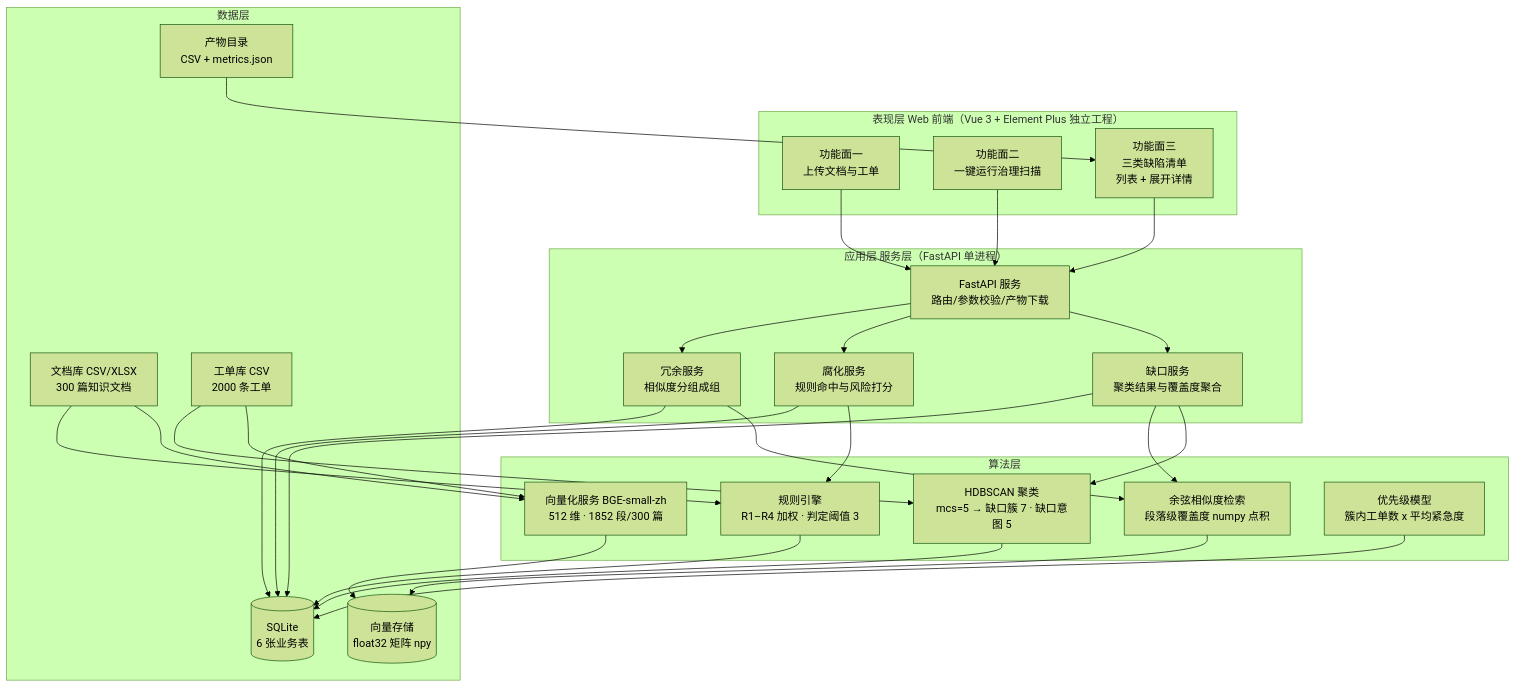
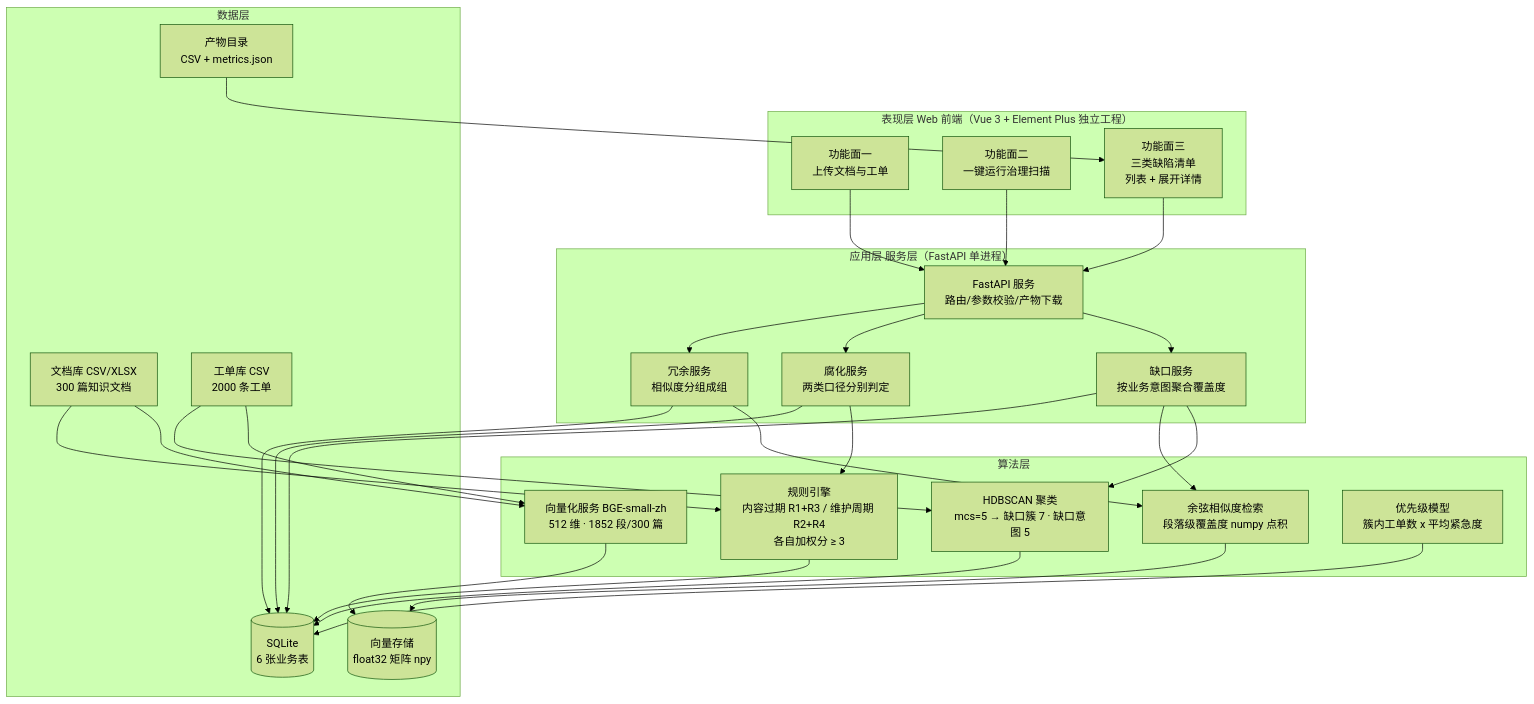
Before and after one commit to meisijiya/kb-quality-governance: the diagram in poc/kbgovernance/figures/01-系统架构图.md, drawn with Mermaid (forest theme). The commit also changed other lines of this file and 21 other files, not shown here.

First line of the commit message:
docs(plan): 方案、审计、图稿与术语同步到两口径与意图级判定

````diff
--- a/poc/kbgovernance/figures/01-系统架构图.md
+++ b/poc/kbgovernance/figures/01-系统架构图.md
@@ -7,55 +7,55 @@
 ```mermaid
 graph TB
   subgraph L1["表现层 Web 前端（Vue 3 + Element Plus 独立工程）"]
     UI1["功能面一<br/>上传文档与工单"]
     UI2["功能面二<br/>一键运行治理扫描"]
     UI3["功能面三<br/>三类缺陷清单<br/>列表 + 展开详情"]
   end
 
   subgraph L2["应用层 服务层（FastAPI 单进程）"]
     API["FastAPI 服务<br/>路由/参数校验/产物下载"]
-    SVC_GAP["缺口服务<br/>聚类结果与覆盖度聚合"]
-    SVC_STALE["腐化服务<br/>规则命中与风险打分"]
+    SVC_GAP["缺口服务<br/>按业务意图聚合覆盖度"]
+    SVC_STALE["腐化服务<br/>两类口径分别判定"]
     SVC_DUP["冗余服务<br/>相似度分组成组"]
   end
 
   subgraph L3["算法层"]
     A_EMB["向量化服务 BGE-small-zh<br/>512 维 · 1852 段/300 篇"]
     A_CLU["HDBSCAN 聚类<br/>mcs=5 → 缺口簇 7 · 缺口意图 5"]
     A_RET["余弦相似度检索<br/>段落级覆盖度 numpy 点积"]
-    A_RUL["规则引擎<br/>R1–R4 加权 · 判定阈值 3"]
+    A_RUL["规则引擎<br/>内容过期 R1+R3 / 维护周期 R2+R4<br/>各自加权分 ≥ 3"]
     A_PRIO["优先级模型<br/>簇内工单数 x 平均紧急度"]
   end
 
   subgraph L4["数据层"]
     DB1[("SQLite<br/>6 张业务表")]
     DB2[("向量存储<br/>float32 矩阵 npy")]
     FS1["文档库 CSV/XLSX<br/>300 篇知识文档"]
     FS2["工单库 CSV<br/>2000 条工单"]
     FS3["产物目录<br/>CSV + metrics.json"]
   end
 
   UI1 --> API
   UI2 --> API
   UI3 --> API
   API --> SVC_GAP
   API --> SVC_STALE
   API --> SVC_DUP
   SVC_GAP --> A_CLU
   SVC_GAP --> A_RET
   SVC_STALE --> A_RUL
   SVC_DUP --> A_RET
   A_EMB --> DB2
   A_RET --> DB2
   A_CLU --> DB1
   A_RUL --> DB1
   A_PRIO --> DB1
   SVC_GAP --> DB1
   SVC_STALE --> DB1
   SVC_DUP --> DB1
   FS1 --> A_EMB
   FS1 --> A_RUL
   FS2 --> A_EMB
   FS2 --> A_CLU
   FS3 --> UI3
 ```
````
